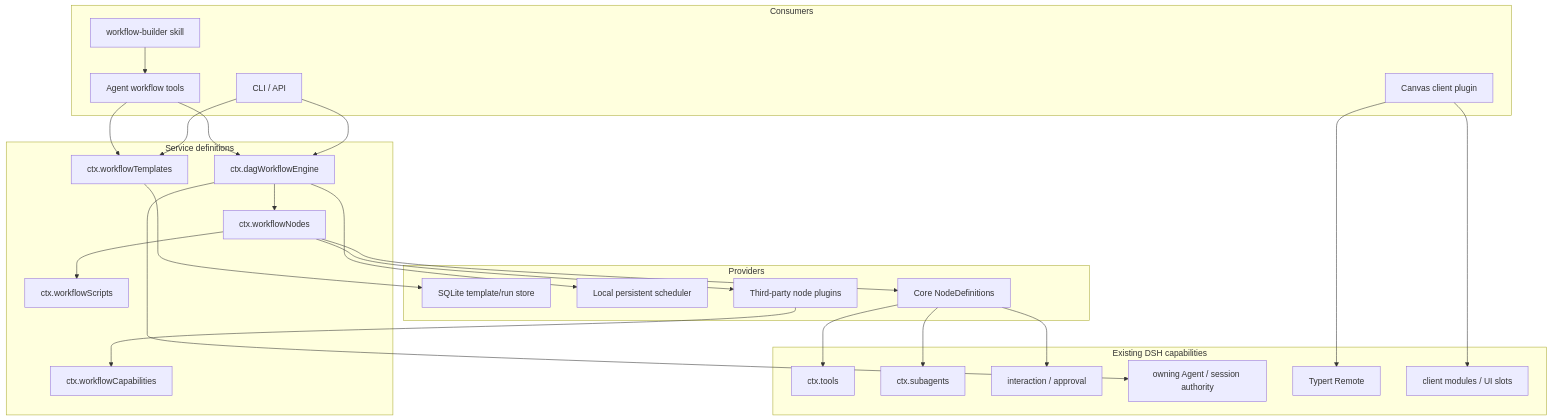
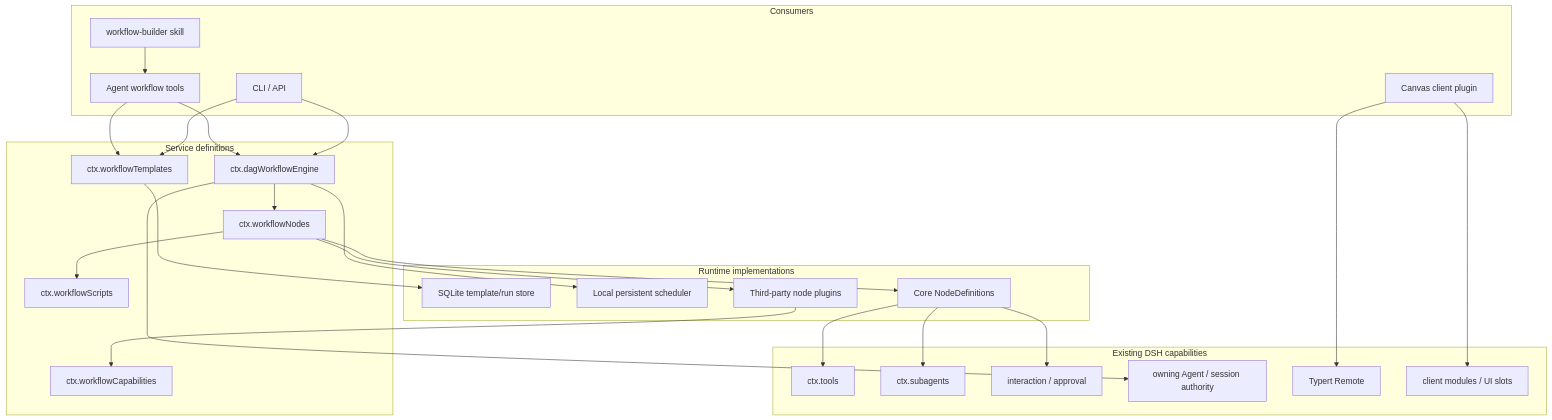
Before and after one commit to GM-HZ/agent-dag-workflow: the first of 2 diagrams in docs/architecture.md, drawn with Mermaid. The commit also changed other lines of this file and 53 other files, not shown here.

````diff
--- a/docs/architecture.md
+++ b/docs/architecture.md
@@ -23,52 +23,52 @@
 ```mermaid
 flowchart TB
   subgraph Consumers["Consumers"]
     Skill["workflow-builder skill"]
     Tools["Agent workflow tools"]
     Canvas["Canvas client plugin"]
     CLI["CLI / API"]
   end
 
   subgraph Definitions["Service definitions"]
     Catalog["ctx.workflowTemplates"]
     Nodes["ctx.workflowNodes"]
     Caps["ctx.workflowCapabilities"]
     Scripts["ctx.workflowScripts"]
     Engine["ctx.dagWorkflowEngine"]
   end
 
-  subgraph Providers["Providers"]
+  subgraph Runtime["Runtime implementations"]
     Store["SQLite template/run store"]
     Scheduler["Local persistent scheduler"]
     CoreNodes["Core NodeDefinitions"]
     PluginNodes["Third-party node plugins"]
   end
 
   subgraph DSH["Existing DSH capabilities"]
     DshTools["ctx.tools"]
     Subagents["ctx.subagents"]
     Approval["interaction / approval"]
     Sessions["owning Agent / session authority"]
     Remote["Typert Remote"]
     Slots["client modules / UI slots"]
   end
 
   Skill --> Tools
   Tools --> Catalog
   Tools --> Engine
   Canvas --> Remote
   CLI --> Catalog
   CLI --> Engine
   Catalog --> Store
   Engine --> Scheduler
   Engine --> Nodes
   Nodes --> Scripts
   Nodes --> CoreNodes
   Nodes --> PluginNodes
   PluginNodes --> Caps
   CoreNodes --> DshTools
   CoreNodes --> Subagents
   CoreNodes --> Approval
   Engine --> Sessions
   Canvas --> Slots
 ```
````
